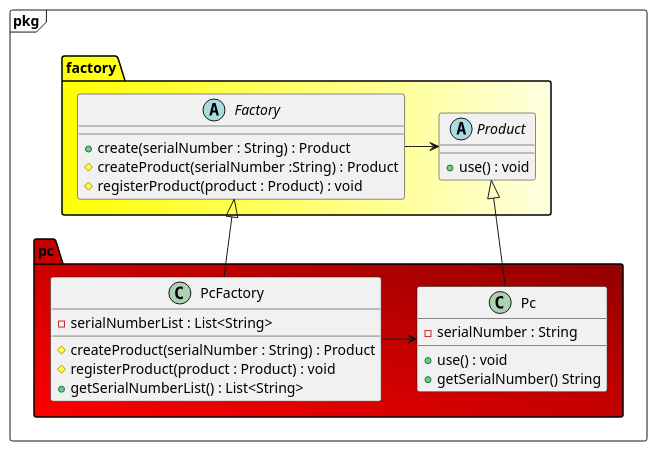
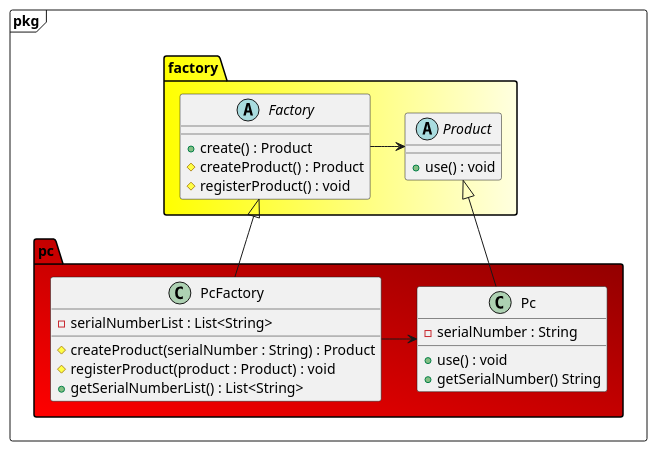
The diagram in factory_pattern/UML/classGraph.pu (yufuworks/practiceDesignPattern), drawn with PlantUML before and after one commit. The commit also changed 2 other files, not shown here.

Commit message:
クラス図修正、シリアルナンバー取得プロセスを追加

```diff
--- a/factory_pattern/UML/classGraph.pu
+++ b/factory_pattern/UML/classGraph.pu
@@ -1,38 +1,38 @@
 @startuml クラス図
   package pkg <<Frame>> {
 
     package factory <<Folder>> #Yellow|LightYellow {
       Factory -r-> Product
 
       abstract Factory {
-        + create(serialNumber : String) : Product
-        # createProduct(serialNumber :String) : Product
-        # registerProduct(product : Product) : void
+        + create() : Product
+        # createProduct() : Product
+        # registerProduct() : void
       }
 
       abstract Product {
         + use() : void
       }
     }
 
     package pc <<Folder>> #Red\DarkRed{
       PcFactory -r-> Pc
       PcFactory -u-|> Factory
       Pc -u-|> Product
       
       class PcFactory {
         - serialNumberList : List<String>
         # createProduct(serialNumber : String) : Product
         # registerProduct(product : Product) : void
         + getSerialNumberList() : List<String>
       }
 
       class Pc {
         - serialNumber : String
         + use() : void
         + getSerialNumber() String
       }
     }
   }
 
 @enduml
```
